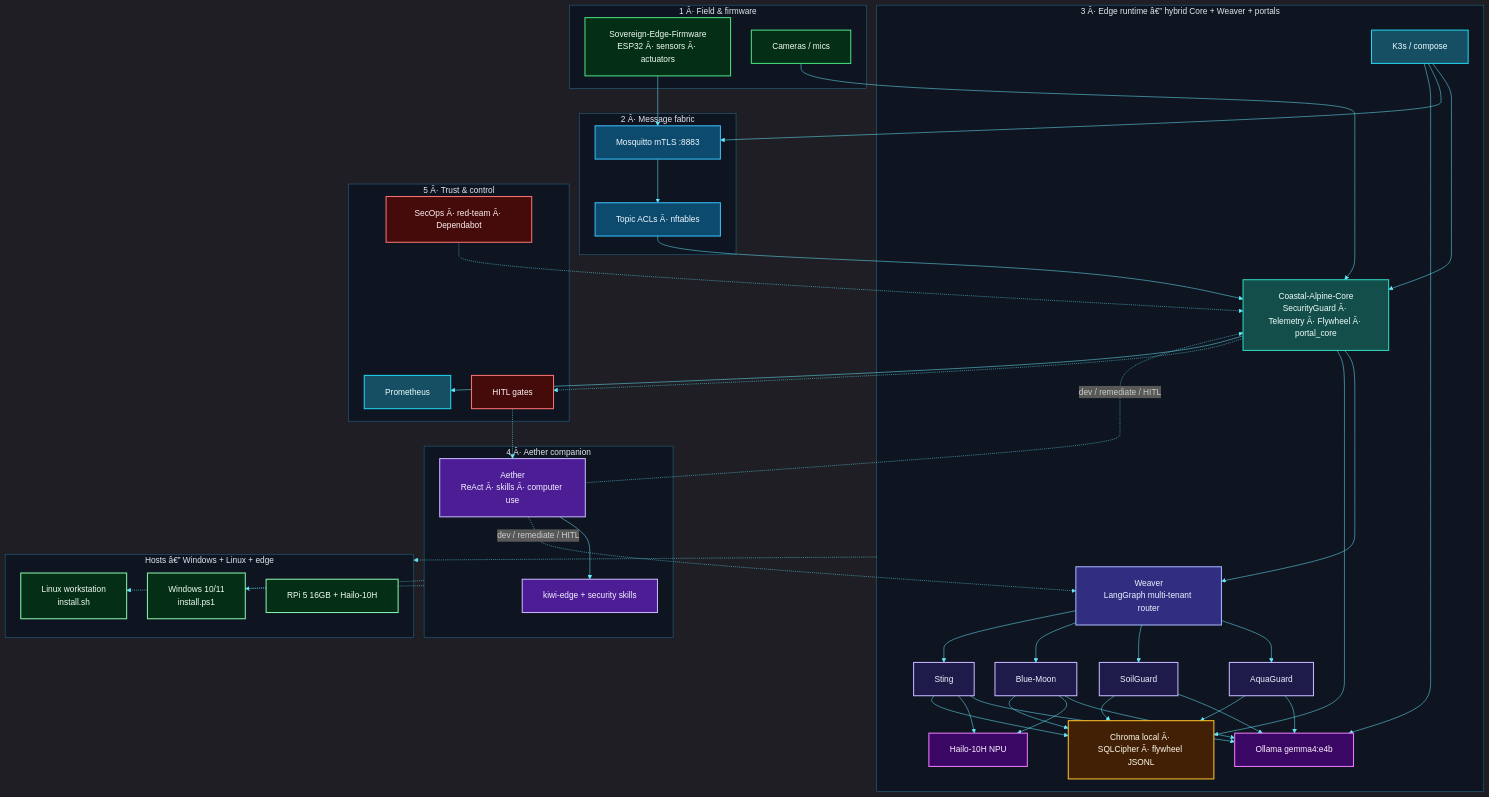
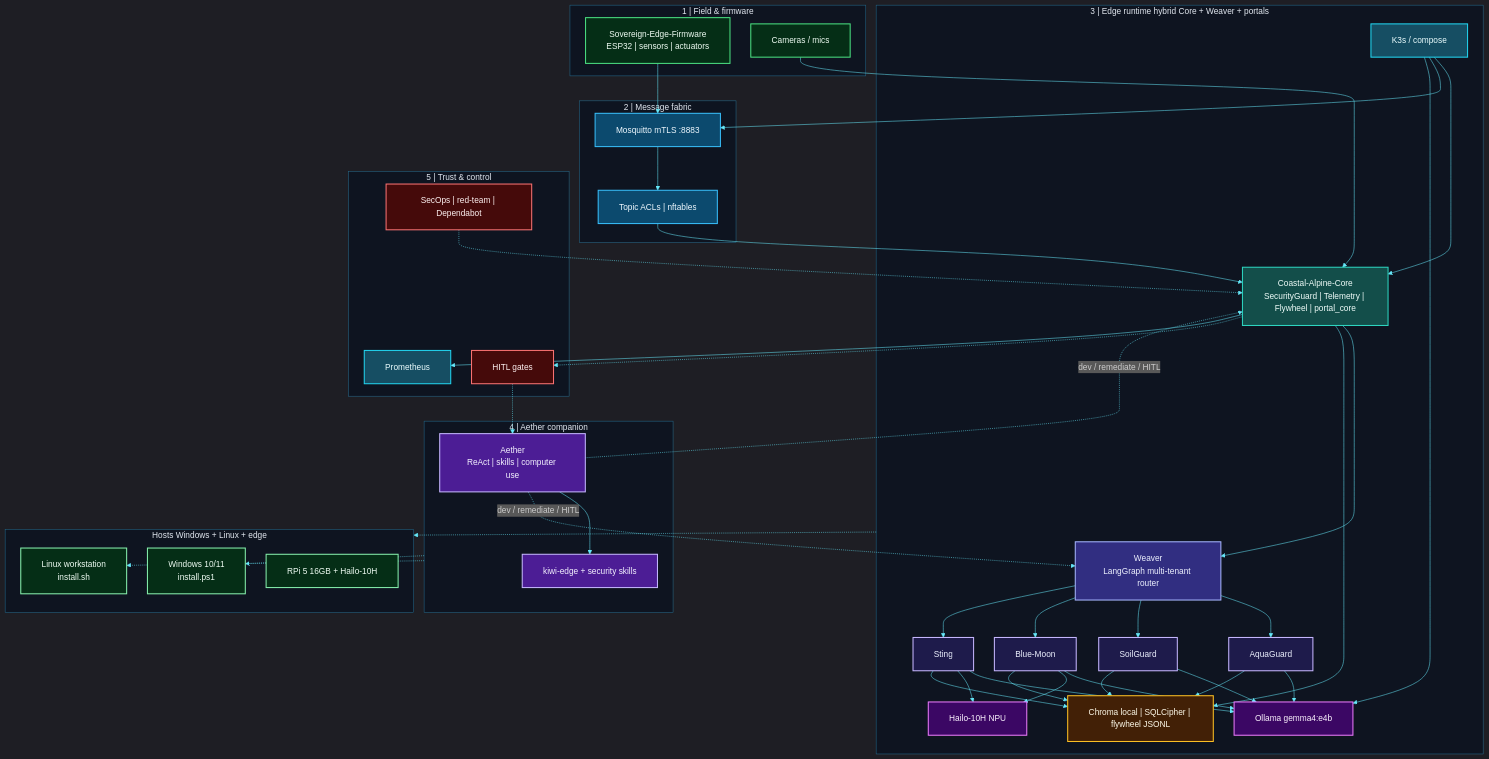
Before and after one commit to fivepanelhat/coastal-alpine-stack: the diagram in README.md, drawn with Mermaid. The commit also changed other lines of this file and 9 other files, not shown here.

```diff
--- a/README.md
+++ b/README.md
@@ -115,19 +115,19 @@
     classDef companion fill:#4c1d95,stroke:#c4b5fd,stroke-width:2px,color:#f5f3ff
     classDef host fill:#052e16,stroke:#86efac,stroke-width:2px,color:#f0fdf4
 
-    subgraph FIELD["1 Â· Field & firmware"]
-        ESP["Sovereign-Edge-Firmware<br/>ESP32 Â· sensors Â· actuators"]
+    subgraph FIELD["1 | Field & firmware"]
+        ESP["Sovereign-Edge-Firmware<br/>ESP32 | sensors | actuators"]
         CAM["Cameras / mics"]
     end
 
-    subgraph FABRIC["2 Â· Message fabric"]
+    subgraph FABRIC["2 | Message fabric"]
         MQTT["Mosquitto mTLS :8883"]
-        ACL["Topic ACLs Â· nftables"]
+        ACL["Topic ACLs | nftables"]
     end
 
-    subgraph NODE["3 Â· Edge runtime â€” hybrid Core + Weaver + portals"]
+    subgraph NODE["3 | Edge runtime  hybrid Core + Weaver + portals"]
         K3["K3s / compose"]
-        CORE["Coastal-Alpine-Core<br/>SecurityGuard Â· Telemetry Â· Flywheel Â· portal_core"]
+        CORE["Coastal-Alpine-Core<br/>SecurityGuard | Telemetry | Flywheel | portal_core"]
         W["Weaver<br/>LangGraph multi-tenant router"]
         AQ["AquaGuard"]
         SO["SoilGuard"]
@@ -135,21 +135,21 @@
         ST["Sting"]
         OLL["Ollama gemma4:e4b"]
         HAI["Hailo-10H NPU"]
-        MEM["Chroma local Â· SQLCipher Â· flywheel JSONL"]
+        MEM["Chroma local | SQLCipher | flywheel JSONL"]
     end
 
-    subgraph COMPANION["4 Â· Aether companion"]
-        AETH["Aether<br/>ReAct Â· skills Â· computer use"]
+    subgraph COMPANION["4 | Aether companion"]
+        AETH["Aether<br/>ReAct | skills | computer use"]
         SK["kiwi-edge + security skills"]
     end
 
-    subgraph TRUST["5 Â· Trust & control"]
+    subgraph TRUST["5 | Trust & control"]
         HITL["HITL gates"]
-        SEC["SecOps Â· red-team Â· Dependabot"]
+        SEC["SecOps | red-team | Dependabot"]
         PROM["Prometheus"]
     end
 
-    subgraph HOSTS["Hosts â€” Windows + Linux + edge"]
+    subgraph HOSTS["Hosts  Windows + Linux + edge"]
         WIN["Windows 10/11<br/>install.ps1"]
         LIN["Linux workstation<br/>install.sh"]
         RPI["RPi 5 16GB + Hailo-10H"]
@@ -169,7 +169,7 @@
     CORE --> PROM
     SEC -.-> CORE
     AETH --> SK
-    AETH -.->|dev / remediate / HITL| CORE & W
+    AETH -.-> | dev / remediate / HITL | CORE & W
     HITL -.-> AETH
     NODE -.-> HOSTS
     COMPANION -.-> WIN & LIN
```
